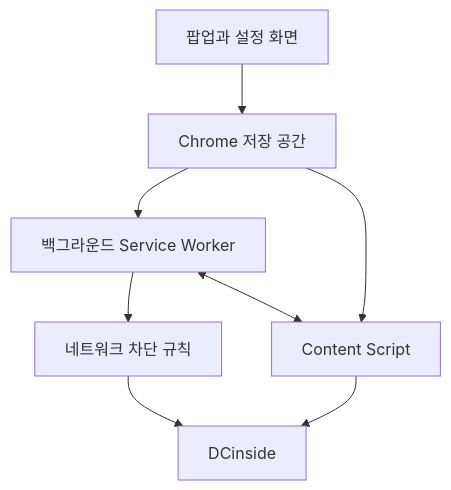
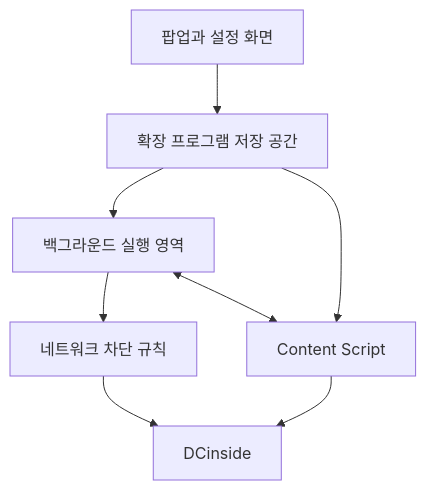
One commit to diligencefrozen/DCinside-Gallery-Blocker changed the diagram in README.ko.md. Above: the diagram before and after it, drawn with Mermaid. The commit also changed other lines of this file and 1 other file, not shown here.

````diff
--- a/README.ko.md
+++ b/README.ko.md
@@ -217,17 +228,17 @@
 ```mermaid
 flowchart TD
     UI["팝업과 설정 화면"]
-    Storage["Chrome 저장 공간"]
-    Background["백그라운드 Service Worker"]
+    Storage["확장 프로그램 저장 공간"]
+    Background["백그라운드 실행 영역"]
     Content["Content Script"]
     Rules["네트워크 차단 규칙"]
     Site["DCinside"]
 
     UI --> Storage
     Storage --> Background
     Storage --> Content
     Background --> Rules
     Background <--> Content
     Rules --> Site
     Content --> Site
 ```
````
